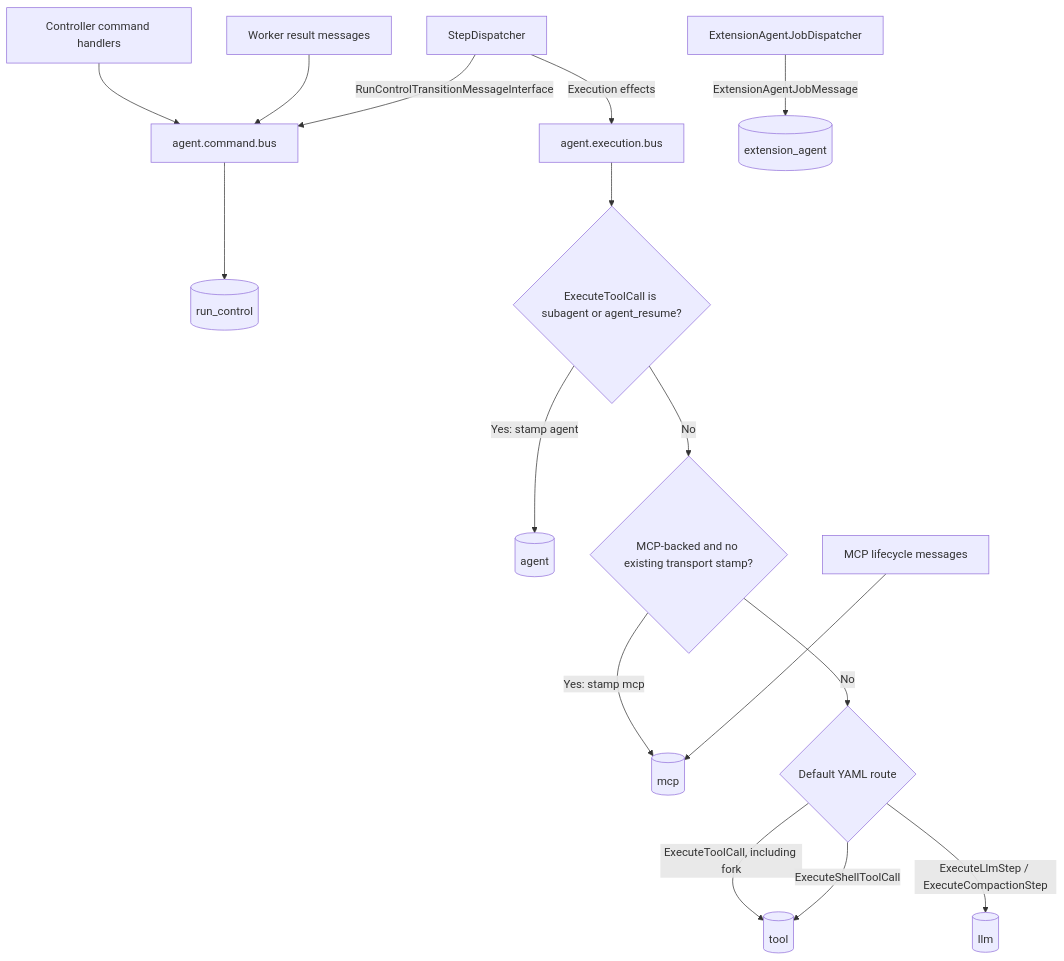
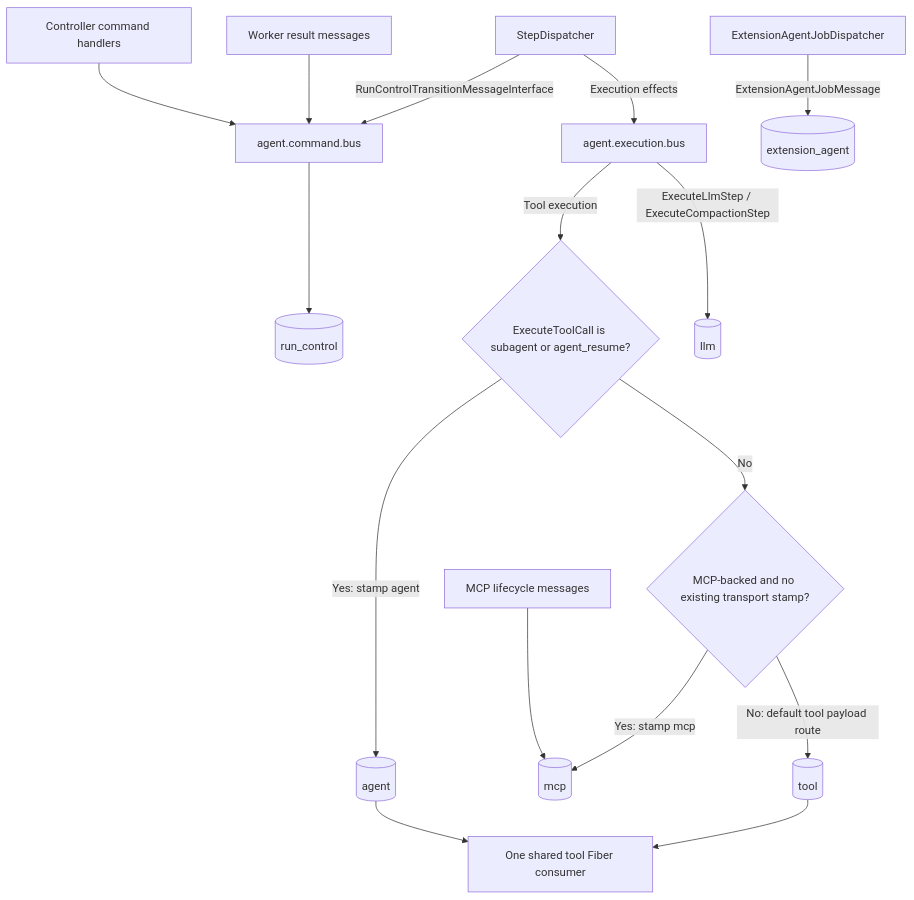
Before and after one commit to ineersa/agent-core: the second of 7 diagrams in architecture/processes-and-queues.md, drawn with Mermaid. The commit also changed other lines of this file and 1 other file, not shown here.

Commit message:
Document shared Fiber workers and lifecycle persistence ownership

````diff
--- a/architecture/processes-and-queues.md
+++ b/architecture/processes-and-queues.md
@@ -64,18 +66,18 @@
 ```mermaid
 flowchart TB
     Handlers[Controller command handlers] --> CB[agent.command.bus]
     Results[Worker result messages] --> CB
     Step[StepDispatcher] -->|RunControlTransitionMessageInterface| CB
     Step -->|Execution effects| EB[agent.execution.bus]
     CB --> RC[(run_control)]
-    EB --> Sub{ExecuteToolCall is subagent or agent_resume?}
+    EB -->|Tool execution| Sub{ExecuteToolCall is subagent or agent_resume?}
     Sub -->|Yes: stamp agent| Agent[(agent)]
     Sub -->|No| MCP{MCP-backed and no existing transport stamp?}
     MCP -->|Yes: stamp mcp| MQ[(mcp)]
-    MCP -->|No| YAML{Default YAML route}
-    YAML -->|ExecuteToolCall, including fork| Tool[(tool)]
-    YAML -->|ExecuteShellToolCall| Tool
-    YAML -->|ExecuteLlmStep / ExecuteCompactionStep| LLM[(llm)]
+    MCP -->|No: default tool payload route| Tool[(tool)]
+    EB -->|ExecuteLlmStep / ExecuteCompactionStep| LLM[(llm)]
+    Agent --> Shared["One shared tool Fiber consumer"]
+    Tool --> Shared
     Jobs[ExtensionAgentJobDispatcher] -->|ExtensionAgentJobMessage| EQ[(extension_agent)]
     Life[MCP lifecycle messages] --> MQ
 ```
````
